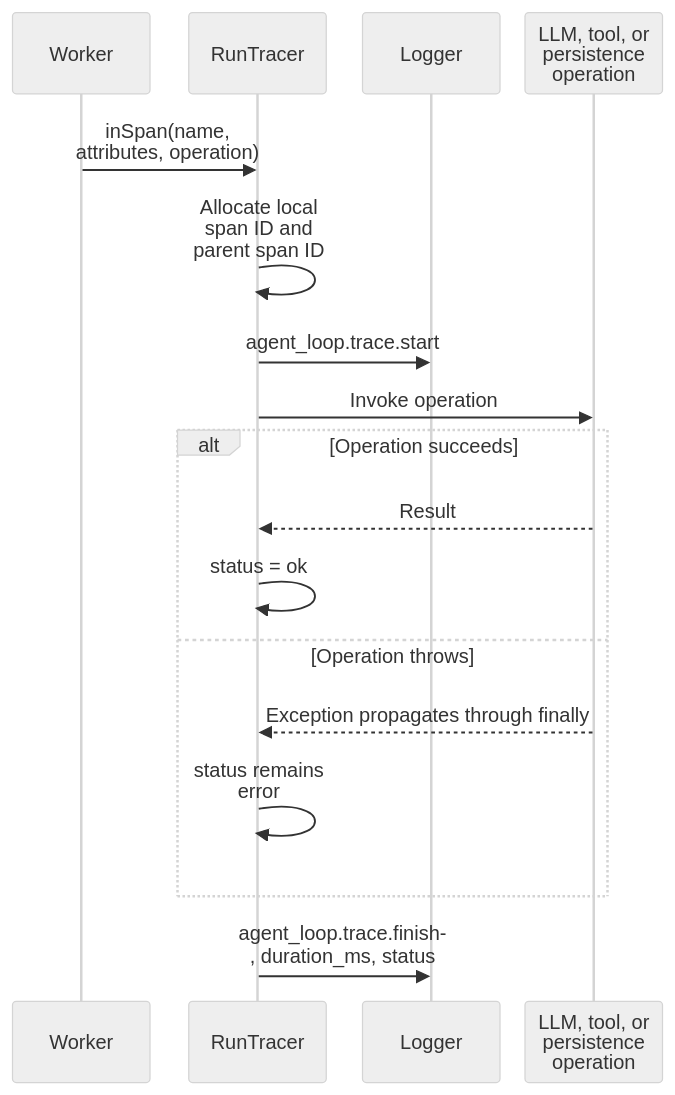
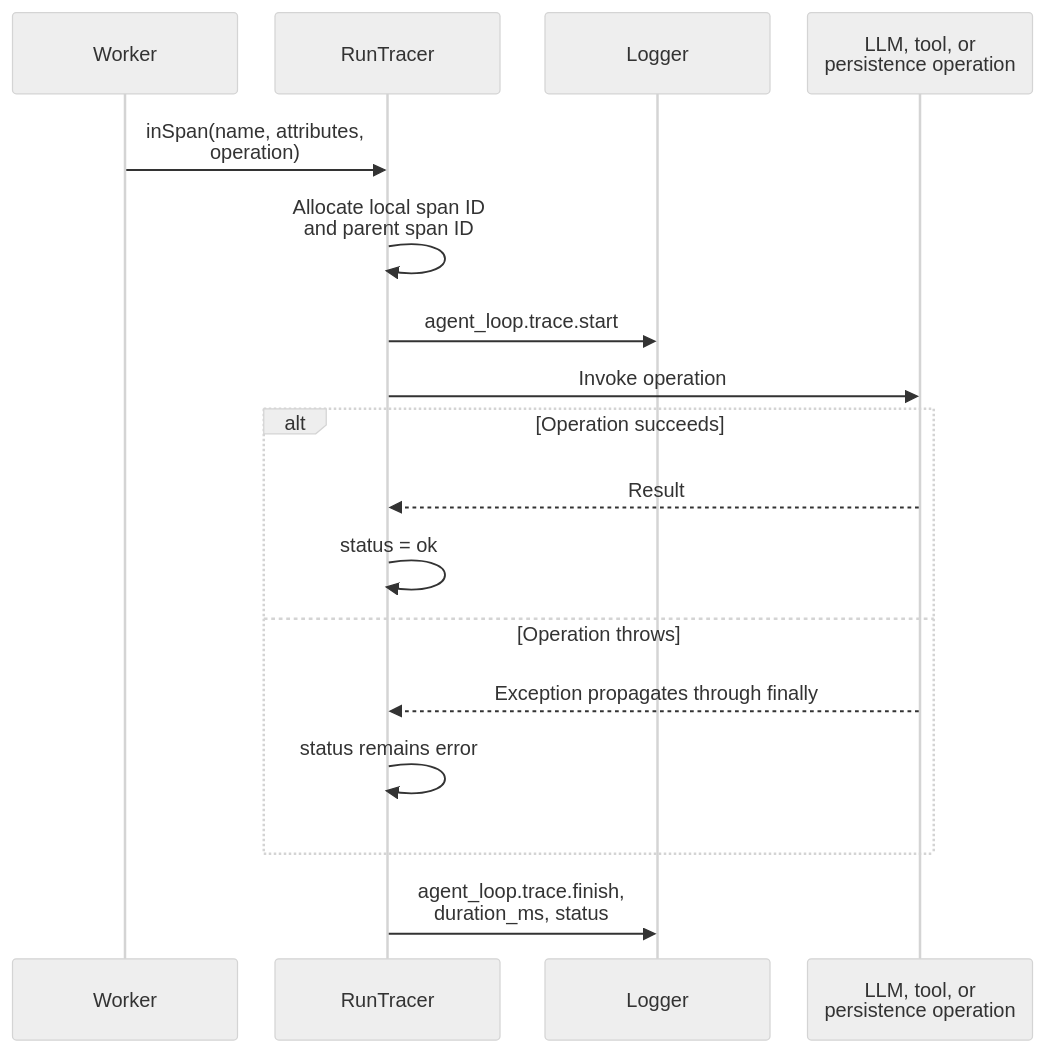
The fourth of 6 diagrams in architecture/logging.md (ineersa/agent-core), drawn with Mermaid (neutral theme) before and after one commit. The commit also changed other lines of this file and 43 other files, not shown here.

Commit message:
Refresh operational guides and runtime architecture documentation

````diff
--- a/architecture/logging.md
+++ b/architecture/logging.md
@@ -107,21 +107,21 @@
 ```mermaid
-%%{init: {"sequence": {"wrap": true, "width": 110, "actorMargin": 20, "diagramMarginX": 10, "messageMargin": 30}}}%%
+%%{init: {"sequence": {"wrap": true, "width": 180, "actorMargin": 30, "diagramMarginX": 10, "messageMargin": 30}}}%%
 sequenceDiagram
     participant Worker
     participant Tracer as RunTracer
     participant Logger
     participant Operation as LLM, tool, or persistence operation
 
     Worker->>Tracer: inSpan(name, attributes, operation)
     Tracer->>Tracer: Allocate local span ID and parent span ID
     Tracer->>Logger: agent_loop.trace.start
     Tracer->>Operation: Invoke operation
     alt Operation succeeds
         Operation-->>Tracer: Result
         Tracer->>Tracer: status = ok
     else Operation throws
         Operation-->>Tracer: Exception propagates through finally
         Tracer->>Tracer: status remains error
     end
     Tracer->>Logger: agent_loop.trace.finish, duration_ms, status
 ```
````
